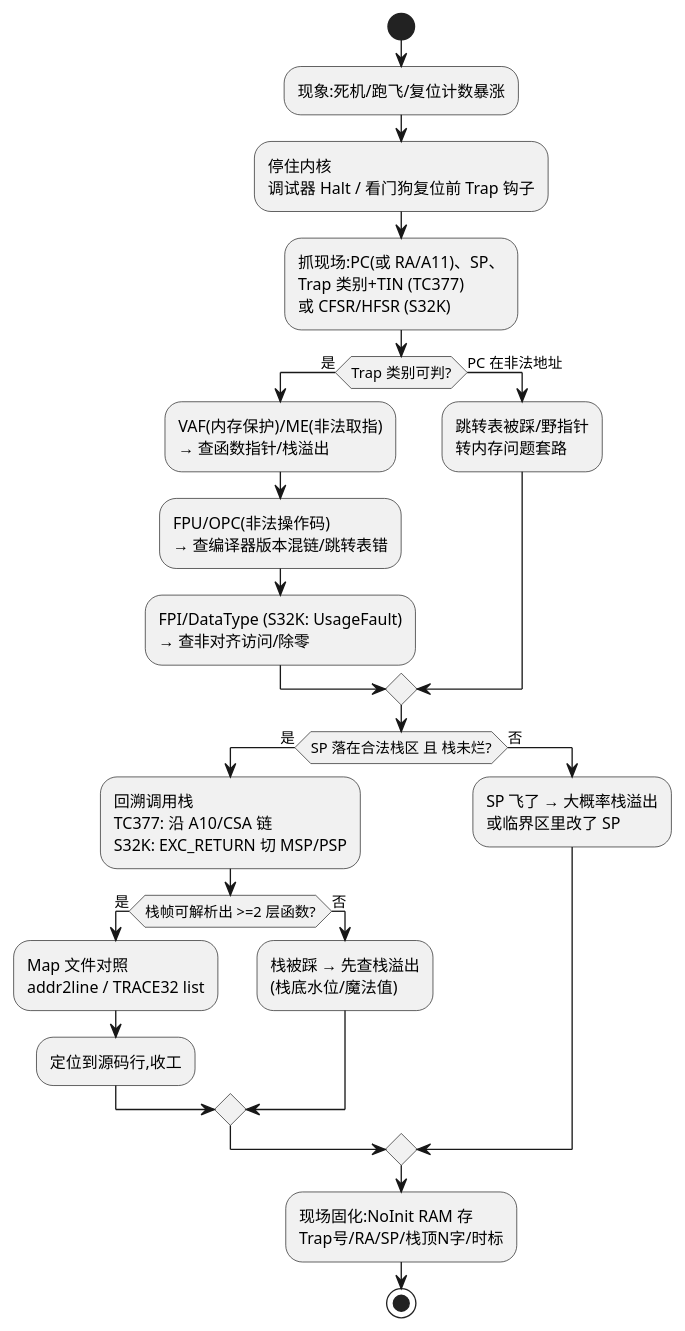
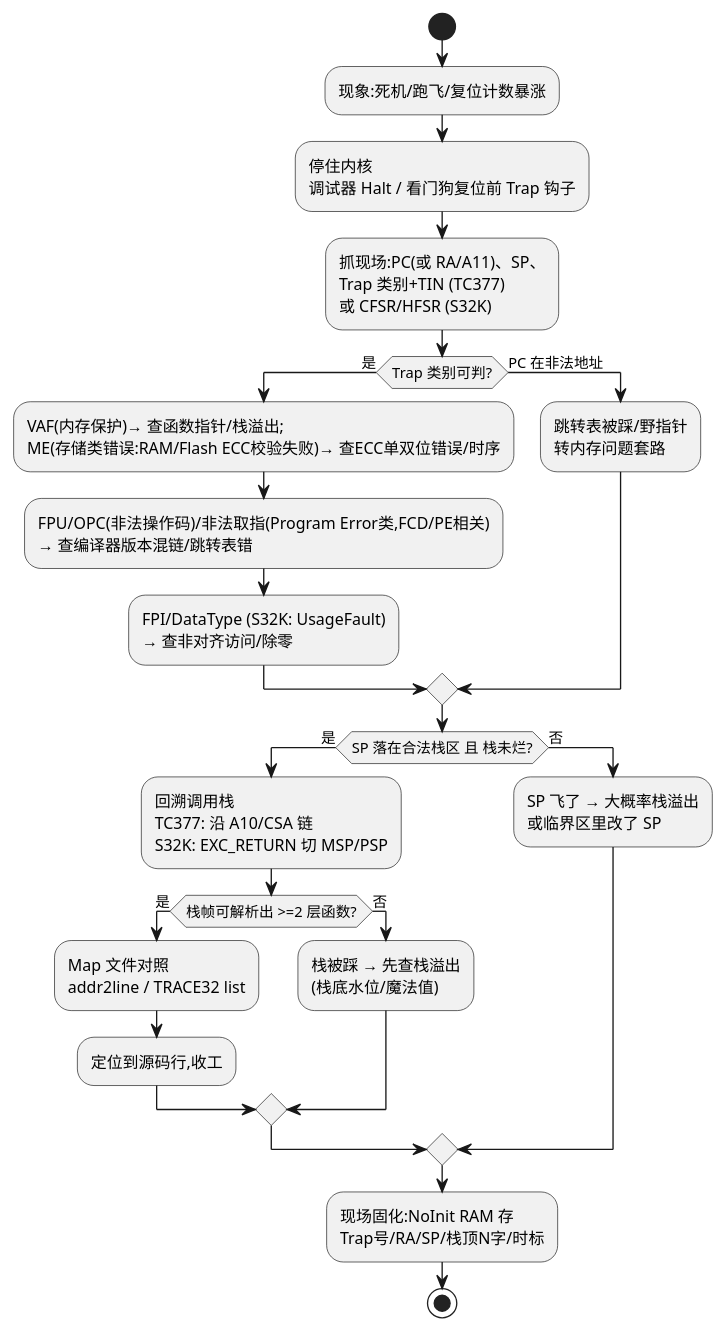
The diagram in 嵌入式工程师知识库/09-调试与测试/3-L3高级/调试方法论/02-Trap-HardFault定位.md (Mr-DCM/Autosar-Embedded-Notes), drawn with PlantUML before and after one commit. The commit also changed other lines of this file and 40 other files, not shown here.

Commit message:
全库: P1技术修正32处（MultiCAN→MCAN×10、E2E-P05计数器、EcuM-API归属、RCM_SRS、F186语义、vTaskList签名、EXC_RETURN位2等13区）+ 芯片行业版图补审修复6处红旗（AM263x不支持Linux/TMS570核型/e200授权/DRA829锁步核/CanTrcv调用链/TLF喂狗机制）

````diff
--- a/嵌入式工程师知识库/09-调试与测试/3-L3高级/调试方法论/02-Trap-HardFault定位.md
+++ b/嵌入式工程师知识库/09-调试与测试/3-L3高级/调试方法论/02-Trap-HardFault定位.md
@@ -19,29 +19,29 @@
 ```plantuml
 @startuml
 skinparam activityShape octagon
 start
 :现象:死机/跑飞/复位计数暴涨;
 :停住内核\n调试器 Halt / 看门狗复位前 Trap 钩子;
 :抓现场:PC(或 RA/A11)、SP、\nTrap 类别+TIN (TC377)\n或 CFSR/HFSR (S32K);
 if (Trap 类别可判?) then (是)
-  :VAF(内存保护)/ME(非法取指)\n→ 查函数指针/栈溢出;
-  :FPU/OPC(非法操作码)\n→ 查编译器版本混链/跳转表错;
+  :VAF(内存保护)→ 查函数指针/栈溢出;\nME(存储类错误:RAM/Flash ECC校验失败)→ 查ECC单双位错误/时序;
+  :FPU/OPC(非法操作码)/非法取指(Program Error类,FCD/PE相关)\n→ 查编译器版本混链/跳转表错;
   :FPI/DataType (S32K: UsageFault)\n→ 查非对齐访问/除零;
 else (PC 在非法地址)
   :跳转表被踩/野指针\n转内存问题套路;
 endif
 if (SP 落在合法栈区 且 栈未烂?) then (是)
   :回溯调用栈\nTC377: 沿 A10/CSA 链\nS32K: EXC_RETURN 切 MSP/PSP;
   if (栈帧可解析出 >=2 层函数?) then (是)
     :Map 文件对照\naddr2line / TRACE32 list;
     :定位到源码行,收工;
   else (否)
     :栈被踩 → 先查栈溢出\n(栈底水位/魔法值);
   endif
 else (否)
   :SP 飞了 → 大概率栈溢出\n或临界区里改了 SP;
 endif
 :现场固化:NoInit RAM 存\nTrap号/RA/SP/栈顶N字/时标;
 stop
 @enduml
 ```
````
